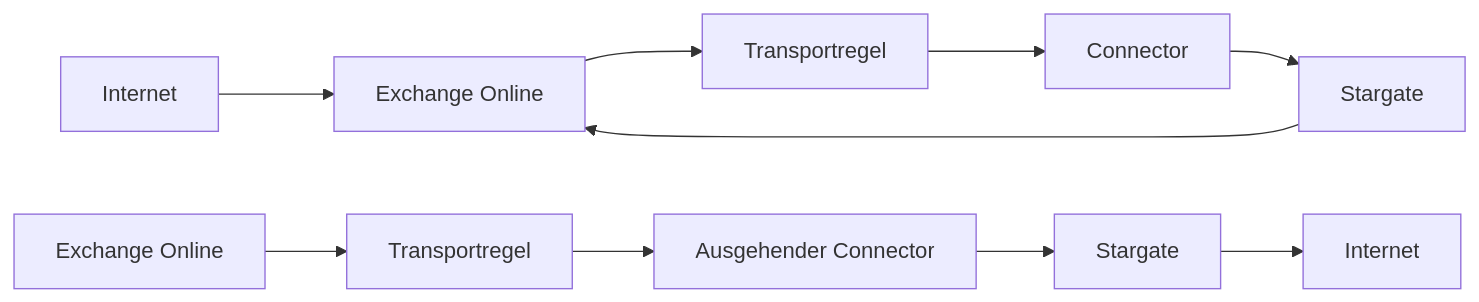
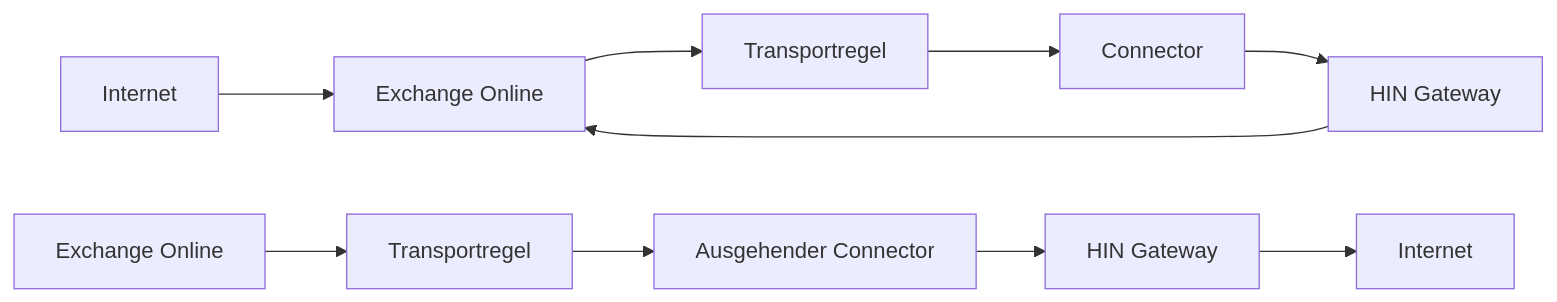
The first of 2 diagrams in docs/de/Exchange-integration.md (Health-Info-Net-AG/Stargate-deployment), drawn with Mermaid before and after one commit. The commit also changed other lines of this file and 64 other files, not shown here.

Commit message:
All "Stargates" replaced with "HIN Gateway", also with `(?<![/\w-])Stargate(?![/\w-])` rule.

````diff
--- a/docs/de/Exchange-integration.md
+++ b/docs/de/Exchange-integration.md
@@ -18,15 +18,15 @@
 ```mermaid
 flowchart LR
     I1 --> EO --> TR --> C --> S1 --> EO
     E2 --> TR2 --> OC --> S2 --> I2
     I1["Internet"]
     I2["Internet"]
     EO["Exchange Online"]
     E2["Exchange Online"]
     TR["Transportregel"]
     TR2["Transportregel"]
     OC["Ausgehender Connector"]
     C["Connector"]
-    S1["Stargate"]
-    S2["Stargate"]
+    S1["HIN Gateway"]
+    S2["HIN Gateway"]
 ```
````
